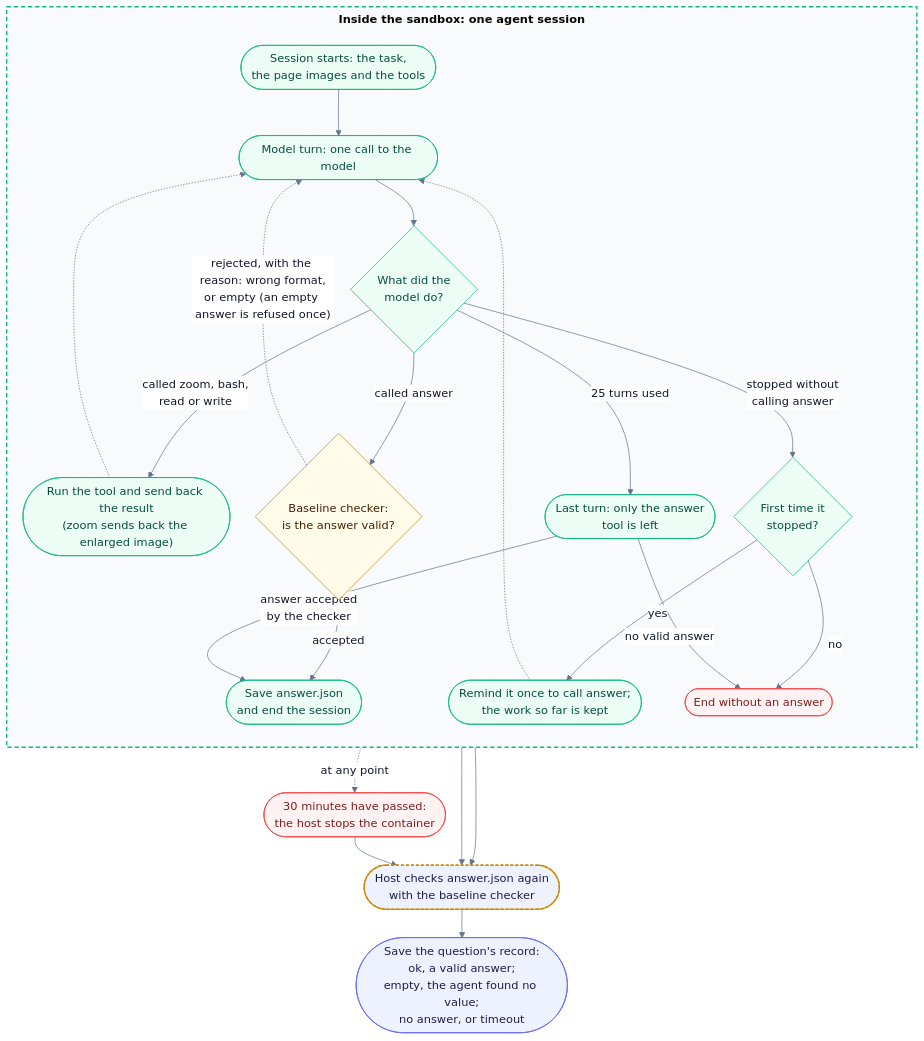
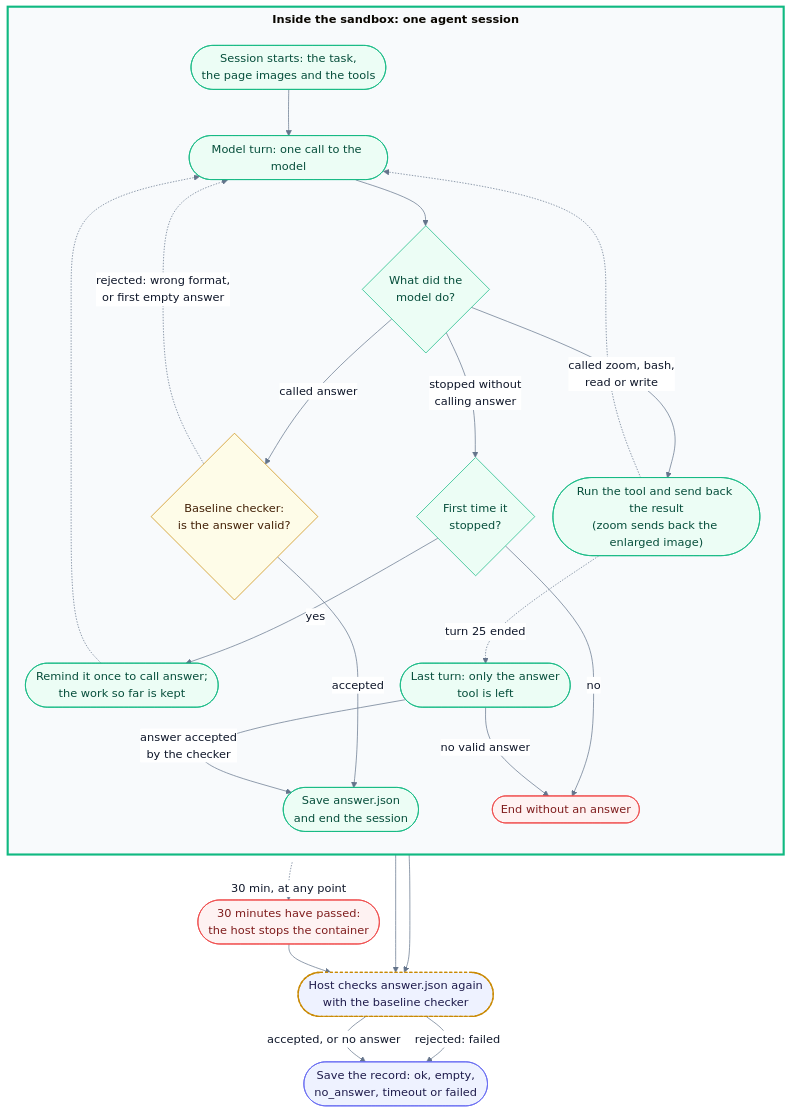
The diagram in docs/diagrams/question-states.mmd (eric15342335/AIFep-FDU.github.io), drawn with Mermaid before and after one commit. The commit also changed 11 other files, not shown here.

First line of the commit message:
Diagrams: fixes from a second design review

```diff
--- a/docs/diagrams/question-states.mmd
+++ b/docs/diagrams/question-states.mmd
@@ -1,52 +1,53 @@
 %%{init: {"theme": "base", "themeVariables": {"fontSize": "16px", "lineColor": "#64748b", "primaryTextColor": "#0f172a", "edgeLabelBackground": "#ffffff"}, "flowchart": {"nodeSpacing": 26, "rankSpacing": 40, "padding": 14, "wrappingWidth": 250, "subGraphTitleMargin": {"top": 6, "bottom": 16}}}}%%
 %% The states of one question inside its sandbox, and how the host turns the result into a record.
 %% The numbers come from the code: 25 turns and 30 minutes (AgentConfig in tableqa/agent.py); one reminder
 %% and one refused empty answer (agent/pi/extensions/tableqa.ts). Run-level rules are in run-states.mmd.
 flowchart TB
     subgraph SESSION["<b>Inside the sandbox: one agent session</b>"]
         direction TB
         start(["Session starts: the task,<br/>the page images and the tools"])
         turn(["Model turn: one call to the model"])
         what{"What did the<br/>model do?"}
         tool(["Run the tool and send back the result<br/>(zoom sends back the enlarged image)"])
         check{"Baseline checker:<br/>is the answer valid?"}
         again{"First time it<br/>stopped?"}
         remind(["Remind it once to call answer;<br/>the work so far is kept"])
         grace(["Last turn: only the answer<br/>tool is left"])
         saved(["Save answer.json<br/>and end the session"])
         noanswer(["End without an answer"])
         start --> turn --> what
         what -- "called zoom, bash,<br/>read or write" --> tool
         what -- "called answer" --> check
         what -- "stopped without<br/>calling answer" --> again
-        what -- "25 turns used" --> grace
         check -- "accepted" --> saved
         again -- "yes" --> remind
         again -- "no" --> noanswer
         grace -- "answer accepted<br/>by the checker" --> saved
         grace -- "no valid answer" --> noanswer
         tool -.-> turn
+        tool -. "turn 25 ended" .-> grace
         remind -.-> turn
-        check -. "rejected, with the reason: wrong format,<br/>or empty (an empty answer is refused once)" .-> turn
+        check -. "rejected: wrong format,<br/>or first empty answer" .-> turn
     end
 
     timeout(["30 minutes have passed:<br/>the host stops the container"])
-    turn -. "at any point" .-> timeout
+    SESSION -. "30 min, at any point" .-> timeout
     hostcheck(["Host checks answer.json again<br/>with the baseline checker"])
     saved --> hostcheck
     noanswer --> hostcheck
     timeout --> hostcheck
-    record(["Save the question's record:<br/>ok, a valid answer;<br/>empty, the agent found no value;<br/>no answer, or timeout"])
-    hostcheck --> record
+    record(["Save the record: ok, empty,<br/>no_answer, timeout or failed"])
+    hostcheck -- "accepted, or no answer" --> record
+    hostcheck -- "rejected: failed" --> record
 
     classDef base fill:#fefce8,stroke:#ca8a04,color:#422006
     classDef usesBase fill:#eef2ff,stroke:#ca8a04,color:#1e1b4b,stroke-width:2px,stroke-dasharray:4 3
     classDef ours fill:#eef2ff,stroke:#6366f1,color:#1e1b4b
     classDef agent fill:#ecfdf5,stroke:#10b981,color:#064e3b
     classDef bad fill:#fef2f2,stroke:#ef4444,color:#7f1d1d
     class check base
     class hostcheck usesBase
     class record ours
     class start,turn,what,tool,again,remind,grace,saved agent
     class timeout,noanswer bad
-    style SESSION fill:#f8fafc,stroke:#10b981,stroke-width:2px,stroke-dasharray:6 4
+    style SESSION fill:#f8fafc,stroke:#10b981,stroke-width:3px
```
